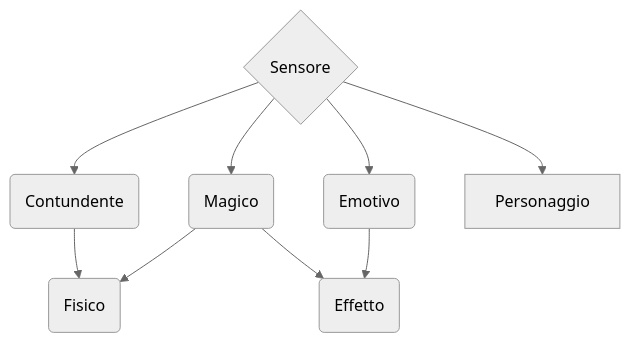
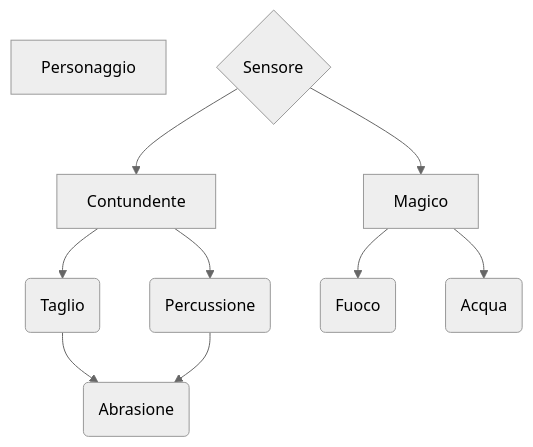
One commit to SerpenTaki/ProgettoP2 changed the diagram in Readme.md. Above: the diagram before and after it, drawn with Mermaid (neutral theme). The commit also changed other lines of this file and 9 other files, not shown here.

`````diff
--- a/Readme.md
+++ b/Readme.md
@@ -1,11 +3,12 @@
 ```mermaid
 flowchart TD
-B{Sensore}-->C(Contundente)
-B-->D(Magico)
-B-->E(Emotivo)
-C-->F(Fisico)
-D-->F
-D-->G(Effetto)
-E-->G
-B-->H[Personaggio]
+A[Personaggio]
+B{Sensore} --> C[Contundente]
+B --> D[Magico]
+C --> E(Taglio)
+C --> F(Percussione)
+E --> G(Abrasione)
+F --> G
+D --> H(Fuoco)
+D --> I(Acqua)
 ````
`````
